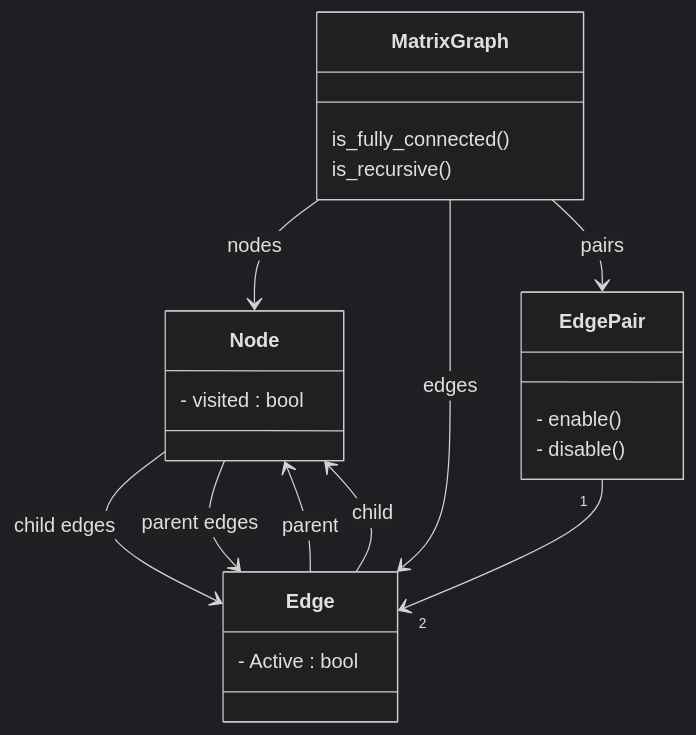
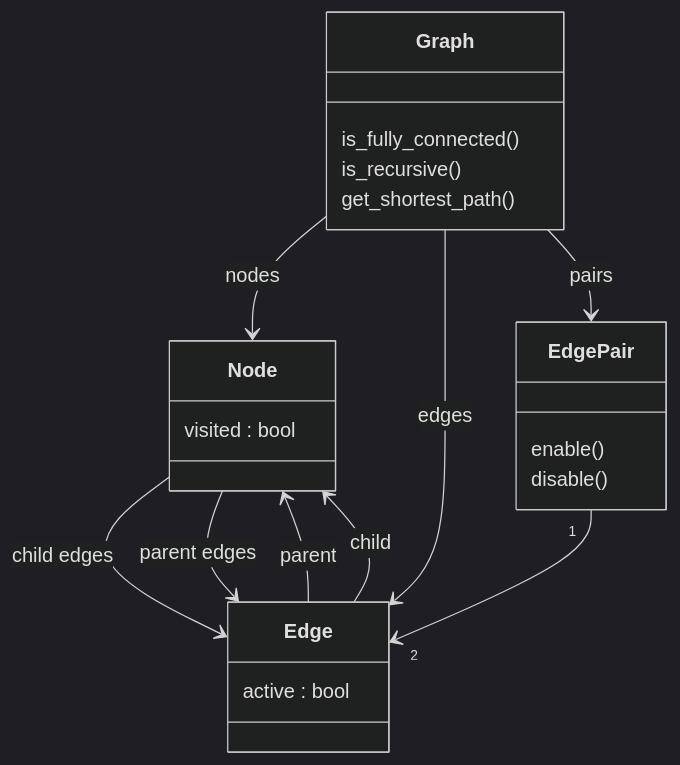
One commit to fvbakel/brilliant changed the third of 5 diagrams in hello_maze/readme.md. Above: the diagram before and after it, drawn with Mermaid (dark theme). The commit also changed other lines of this file and 1 other file, not shown here.

Commit message:
Added some ideas for seperate packages in mermaid

````diff
--- a/hello_maze/readme.md
+++ b/hello_maze/readme.md
@@ -13,32 +69,33 @@
 ```mermaid
   classDiagram
 
-    class MatrixGraph {
+    class Graph {
         is_fully_connected()
         is_recursive()
+        get_shortest_path()
     }
     class Node {
-        - visited : bool
+        visited : bool
     }
     class Edge {
-        - Active : bool
+        active : bool
     }
     class EdgePair {
-        - enable()
-        - disable()
+        enable()
+        disable()
     }
 
-    MatrixGraph  --> Node : nodes
-    MatrixGraph -->  Edge : edges
-    MatrixGraph -->  EdgePair : pairs
+    Graph  --> Node : nodes
+    Graph -->  Edge : edges
+    Graph -->  EdgePair : pairs
     
     Node  -->  Edge : child edges
     Node  -->  Edge : parent edges
 
     Edge  -->  Node : parent
     Edge  -->  Node : child
 
     EdgePair "1" --> "2" Edge
 
 
 ```
````
